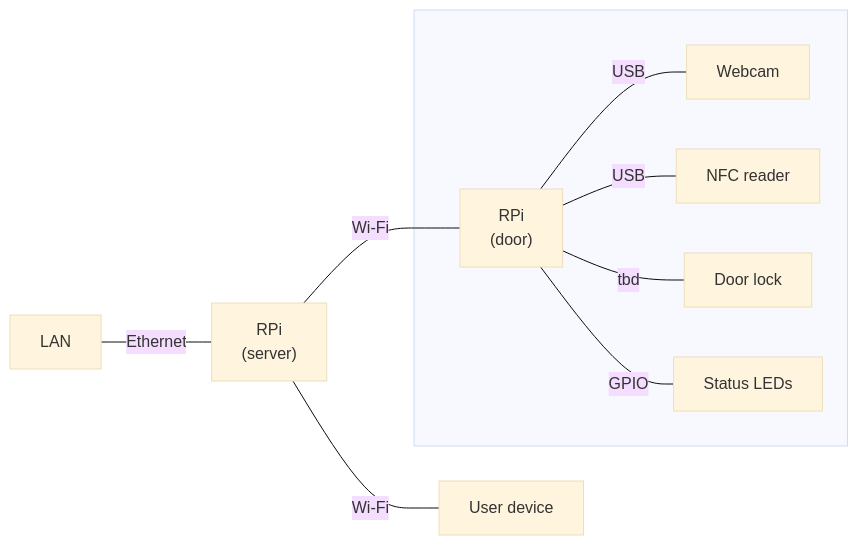
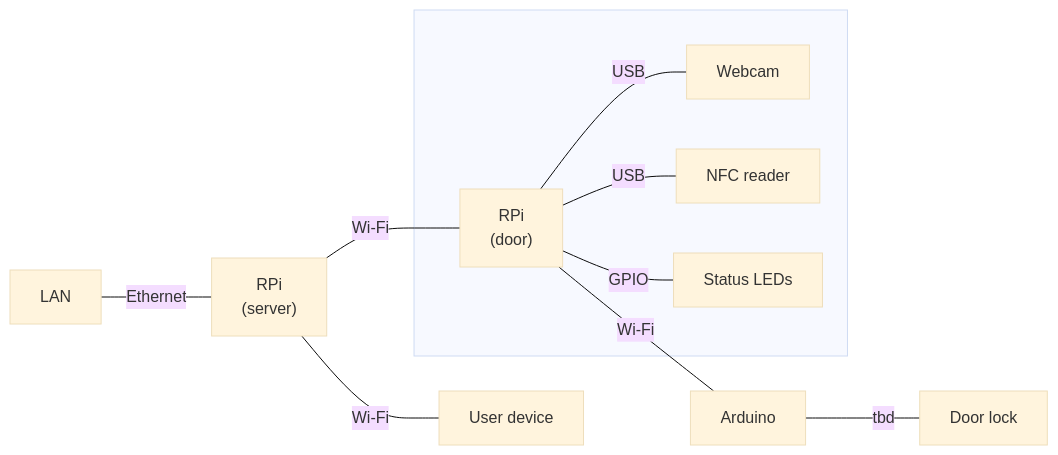
The diagram in README.md (zdimension/bfc-project), drawn with Mermaid (base theme) before and after one commit.

````diff
--- a/README.md
+++ b/README.md
@@ -5,14 +5,15 @@
 ```mermaid
 graph LR
     F[LAN] --- |Ethernet| A
     A["RPi<br>(server)"] --- |Wi-Fi| B["RPi<br>(door)"]
     B --- |USB| C[Webcam]
     B --- |USB| D[NFC reader]
-    B --- |tbd| E[Door lock]
+    B --- |Wi-Fi| I[Arduino]
     B --- |GPIO| G[Status LEDs]
     A --- |Wi-Fi| H[User device]
+    I --- |tbd| J[Door lock]
 
     subgraph " "
-        C;D;E;G;B
+        C;D;G;B
     end
 ```
````
